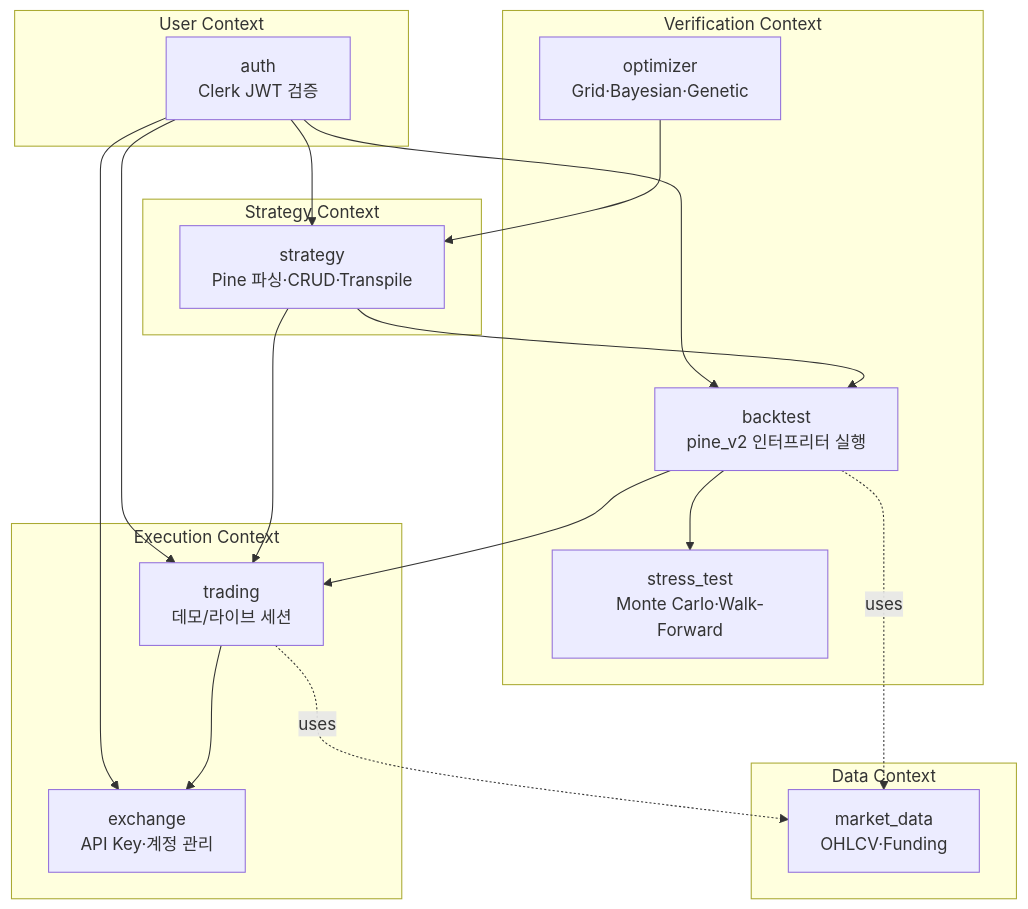
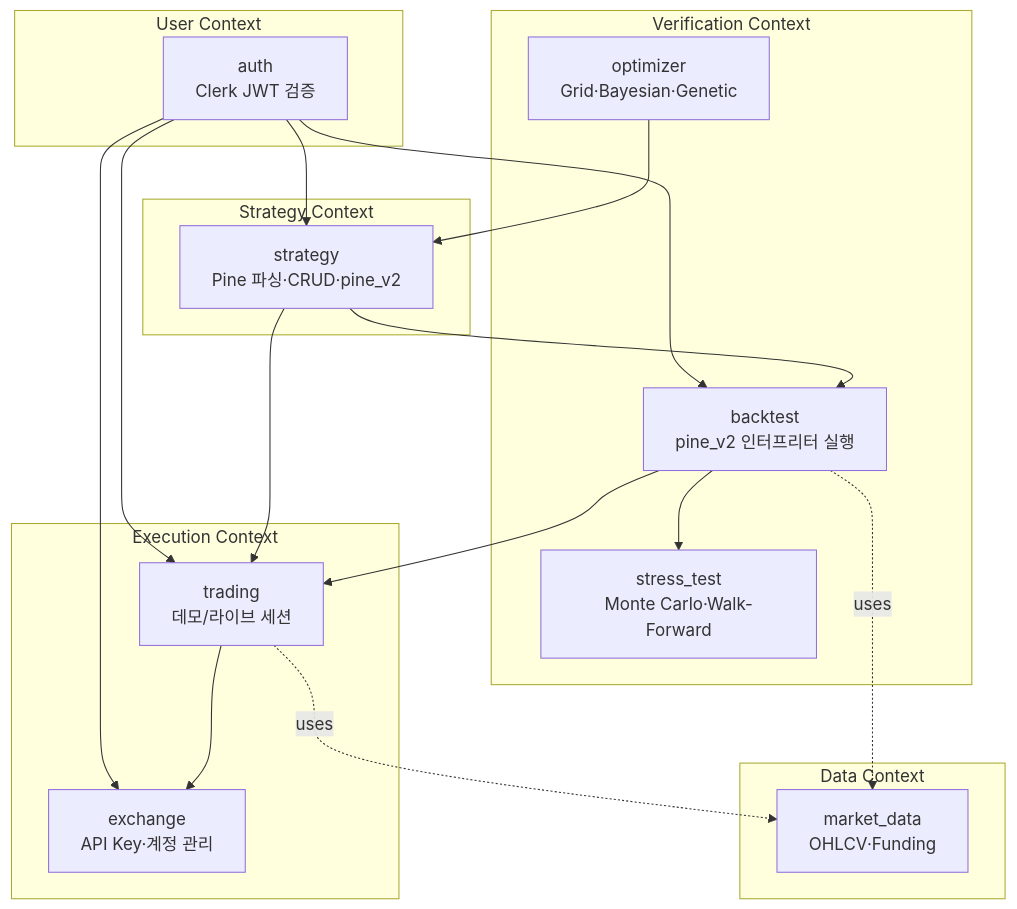
One commit to woosung-dev/quantbridge changed the diagram in docs/02_domain/domain-overview.md. Above: the diagram before and after it, drawn with Mermaid. The commit also changed other lines of this file, not shown here.

First line of the commit message:
docs(audit): Phase B-1 follow-up — domain-overview residual vectorbt/transpile/예정 staleness

````diff
--- a/docs/02_domain/domain-overview.md
+++ b/docs/02_domain/domain-overview.md
@@ -8,42 +8,42 @@
 ```mermaid
 flowchart TB
     subgraph User["User Context"]
         Auth[auth\nClerk JWT 검증]
     end
 
     subgraph Strategy["Strategy Context"]
-        Str[strategy\nPine 파싱·CRUD·Transpile]
+        Str[strategy\nPine 파싱·CRUD·pine_v2]
     end
 
     subgraph Verify["Verification Context"]
         BT[backtest\npine_v2 인터프리터 실행]
         ST[stress_test\nMonte Carlo·Walk-Forward]
         Opt[optimizer\nGrid·Bayesian·Genetic]
     end
 
     subgraph Execute["Execution Context"]
         Trd[trading\n데모/라이브 세션]
         Ex[exchange\nAPI Key·계정 관리]
     end
 
     subgraph Data["Data Context"]
         MD[market_data\nOHLCV·Funding]
     end
 
     Auth --> Str
     Auth --> BT
     Auth --> Trd
     Auth --> Ex
 
     Str --> BT
     Str --> Trd
 
     BT --> ST
     BT --> Trd
     BT -. uses .-> MD
 
     Opt --> Str
 
     Trd --> Ex
     Trd -. uses .-> MD
 ```
````
